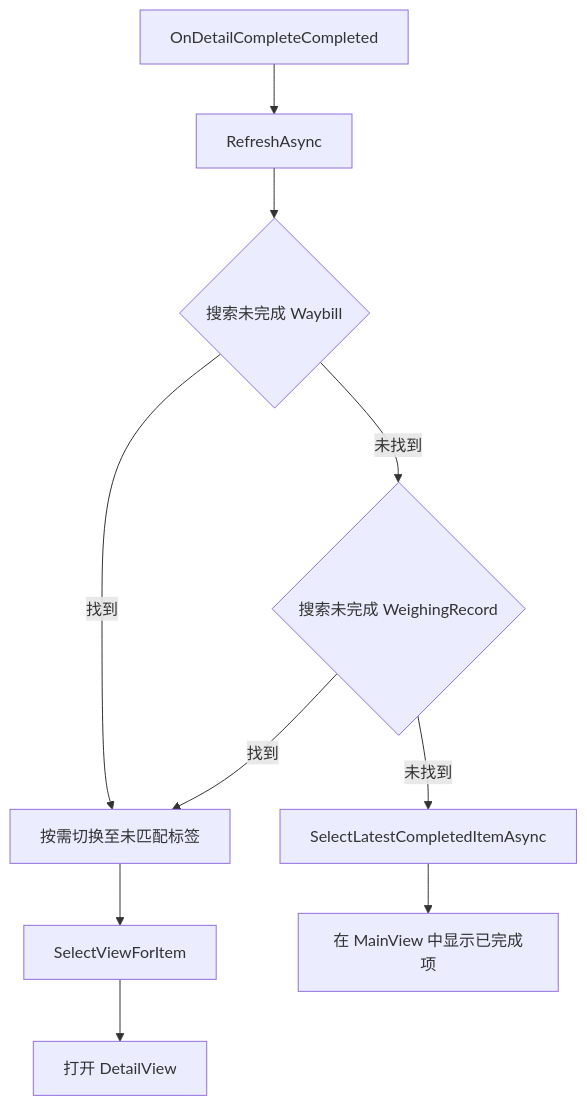
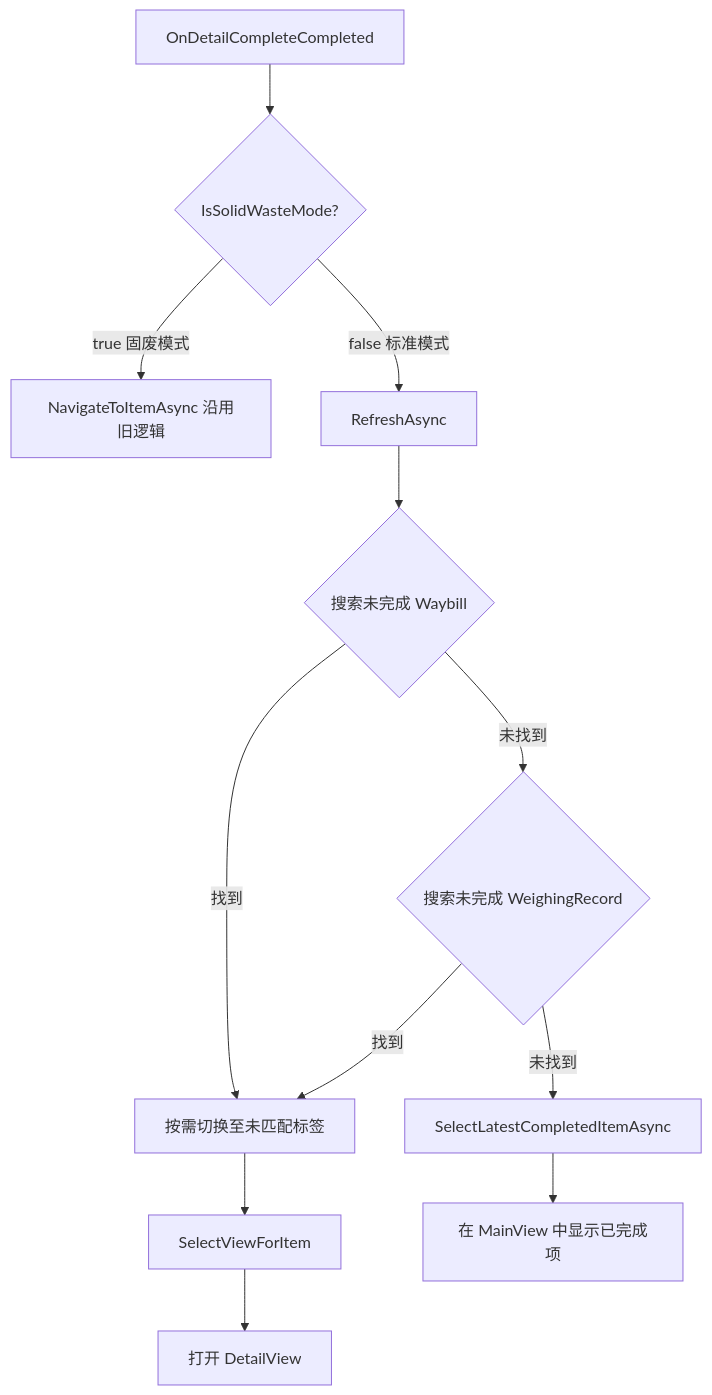
The first of 2 diagrams in openspec/changes/fix-standard-mode-receipt-completion-selection-logic/design.md (feewillowherb/MaterialClient), drawn with Mermaid before and after one commit. The commit also changed other lines of this file and 2 other files, not shown here.

Commit message:
feat(ViewModels): implement priority-based navigation for Standard mode in AttendedWeighingViewModel

````diff
--- a/openspec/changes/fix-standard-mode-receipt-completion-selection-logic/design.md
+++ b/openspec/changes/fix-standard-mode-receipt-completion-selection-logic/design.md
@@ -87,12 +92,14 @@
 ```mermaid
 flowchart TD
-    A[OnDetailCompleteCompleted] --> B[RefreshAsync]
+    A[OnDetailCompleteCompleted] --> M{IsSolidWasteMode?}
+    M -->|true 固废模式| N[NavigateToItemAsync 沿用旧逻辑]
+    M -->|false 标准模式| B[RefreshAsync]
     B --> C{搜索未完成 Waybill}
     C -->|找到| D[按需切换至未匹配标签]
     D --> E[SelectViewForItem]
     E --> F[打开 DetailView]
     C -->|未找到| G{搜索未完成 WeighingRecord}
     G -->|找到| D
     G -->|未找到| H[SelectLatestCompletedItemAsync]
     H --> I[在 MainView 中显示已完成项]
 ```
````
